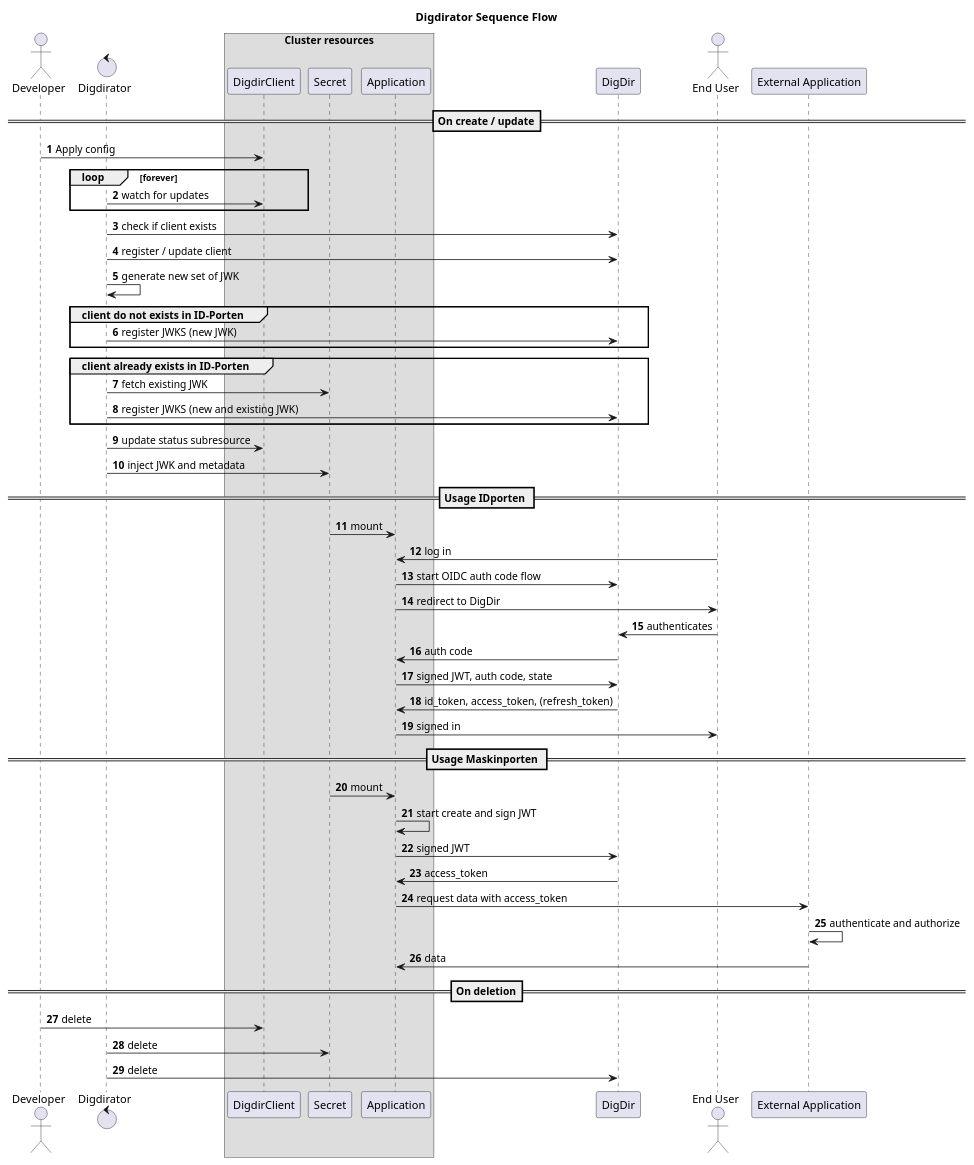
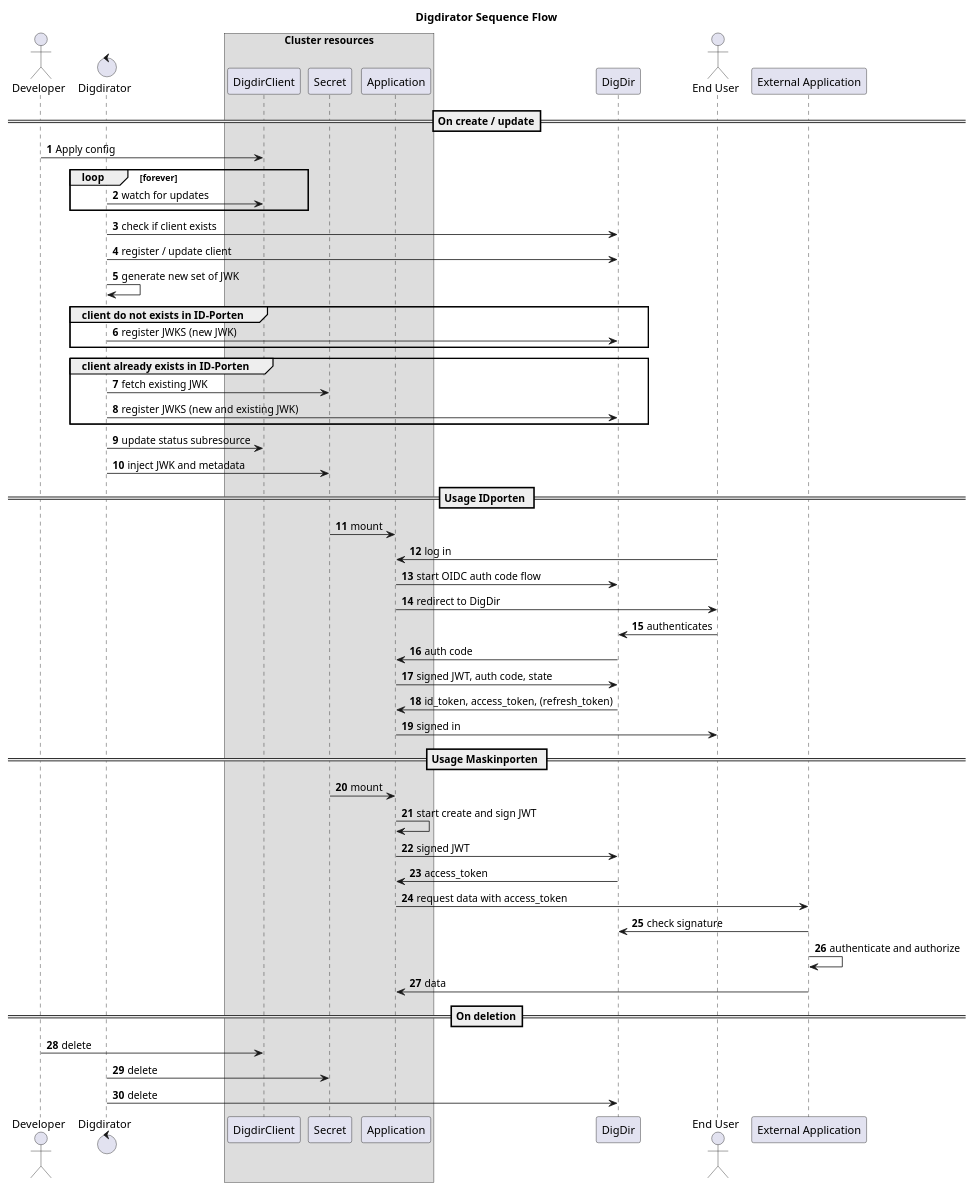
One commit to nais/digdirator changed the diagram in docs/sequence.puml. Above: the diagram before and after it, drawn with PlantUML. The commit also changed 3 other files, not shown here.

Commit message:
fix: Sample of maskinportenclient.yaml update sequence.puml update README.md

```diff
--- a/docs/sequence.puml
+++ b/docs/sequence.puml
@@ -1,69 +1,70 @@
 @startuml component
 title Digdirator Sequence Flow
 skinparam maxMessageSize 300
 autonumber
 
 actor developer as "Developer"
 control digdirator as "Digdirator"
 
 box "Cluster resources"
 participant DigdirClient
 participant Secret
 participant Application
 end box
 
 participant digdir as "DigDir"
 actor enduser as "End User"
 participant External as "External Application"
 
 ==On create / update==
 developer -> DigdirClient: Apply config
 
 loop forever
 	digdirator -> DigdirClient: watch for updates
 end
 
 digdirator -> digdir: check if client exists
 digdirator -> digdir: register / update client
 digdirator -> digdirator: generate new set of JWK
 
 group client do not exists in ID-Porten
 digdirator -> digdir: register JWKS (new JWK)
 end
 
 group client already exists in ID-Porten
     digdirator -> Secret: fetch existing JWK
     digdirator -> digdir: register JWKS (new and existing JWK)
 end
 
 digdirator -> DigdirClient: update status subresource
 digdirator -> Secret: inject JWK and metadata
 
 == Usage IDporten ==
 
 Secret -> Application: mount
 enduser -> Application: log in
 Application -> digdir: start OIDC auth code flow
 Application -> enduser: redirect to DigDir
 enduser -> digdir: authenticates
 digdir -> Application: auth code
 Application -> digdir: signed JWT, auth code, state
 digdir -> Application: id_token, access_token, (refresh_token)
 Application -> enduser: signed in
 
 == Usage Maskinporten ==
 
 Secret -> Application: mount
 Application -> Application: start create and sign JWT
 Application -> digdir: signed JWT
 digdir -> Application: access_token
 Application -> External: request data with access_token
+External -> digdir: check signature
 External -> External: authenticate and authorize
 External -> Application: data
 
 ==On deletion==
     developer -> DigdirClient: delete
     digdirator -> Secret: delete
     digdirator -> digdir: delete
 
 @enduml
```
